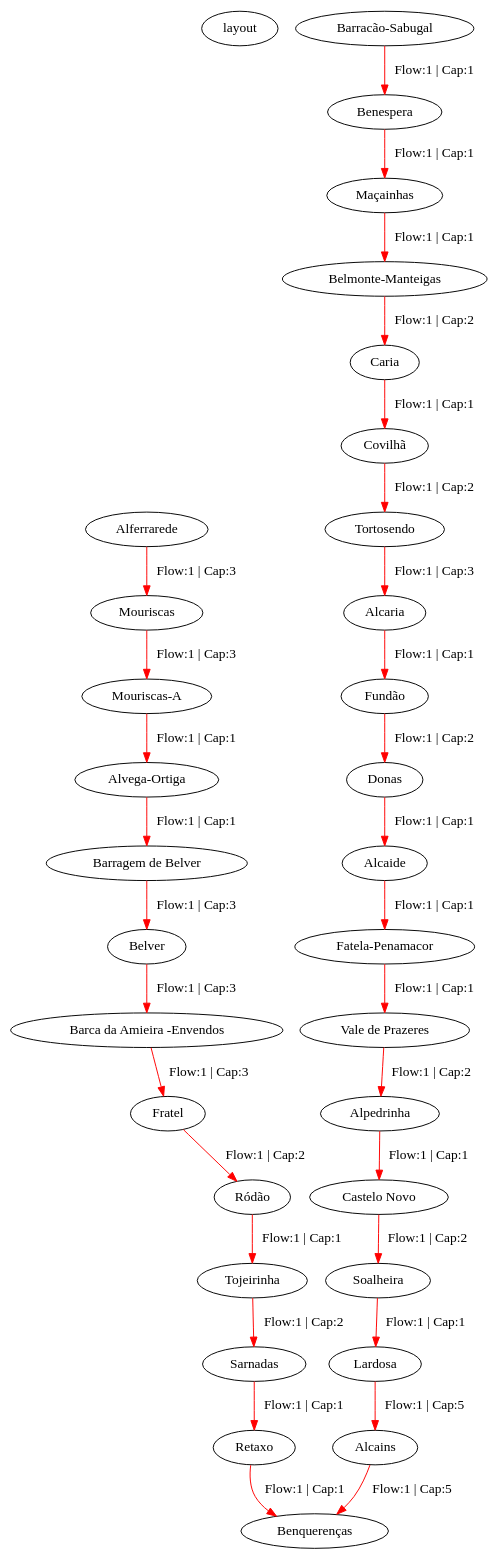
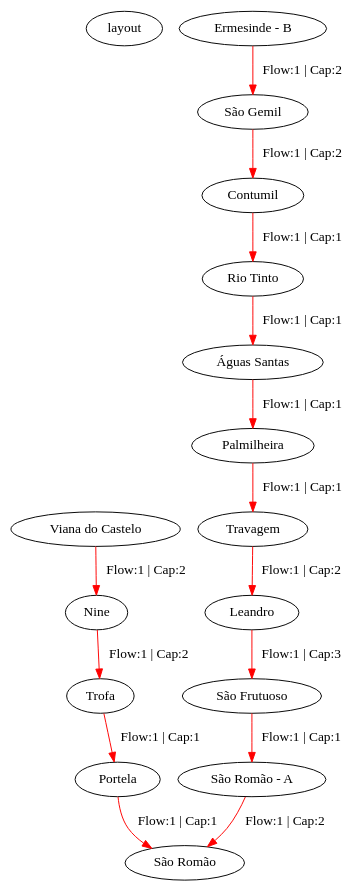
One commit to sirkotal/leic-rnm changed the diagram in graph_viewer/graph_MaxArrivalTrainsAt.gv. Above: the diagram before and after it, drawn with Graphviz. The commit also changed 1 other file, not shown here.

```diff
--- a/graph_viewer/graph_MaxArrivalTrainsAt.gv
+++ b/graph_viewer/graph_MaxArrivalTrainsAt.gv
@@ -1,34 +1,18 @@
 digraph G {
 layout: neato;
 
-	"Alferrarede" -> "Mouriscas" [label="Flow:1 | Cap:3", color=red, penwidth=1];
-	"Castelo Novo" -> "Soalheira" [label="Flow:1 | Cap:2", color=red, penwidth=1];
-	"Tojeirinha" -> "Sarnadas" [label="Flow:1 | Cap:2", color=red, penwidth=1];
-	"Belmonte-Manteigas" -> "Caria" [label="Flow:1 | Cap:2", color=red, penwidth=1];
-	"Belver" -> "Barca da Amieira -Envendos" [label="Flow:1 | Cap:3", color=red, penwidth=1];
-	"Lardosa" -> "Alcains" [label="Flow:1 | Cap:5", color=red, penwidth=1];
-	"Donas" -> "Alcaide" [label="Flow:1 | Cap:1", color=red, penwidth=1];
-	"Barracão-Sabugal" -> "Benespera" [label="Flow:1 | Cap:1", color=red, penwidth=1];
-	"Tortosendo" -> "Alcaria" [label="Flow:1 | Cap:3", color=red, penwidth=1];
-	"Ródão" -> "Tojeirinha" [label="Flow:1 | Cap:1", color=red, penwidth=1];
-	"Fundão" -> "Donas" [label="Flow:1 | Cap:2", color=red, penwidth=1];
-	"Alcaide" -> "Fatela-Penamacor" [label="Flow:1 | Cap:1", color=red, penwidth=1];
-	"Soalheira" -> "Lardosa" [label="Flow:1 | Cap:1", color=red, penwidth=1];
-	"Mouriscas-A" -> "Alvega-Ortiga" [label="Flow:1 | Cap:1", color=red, penwidth=1];
-	"Mouriscas" -> "Mouriscas-A" [label="Flow:1 | Cap:3", color=red, penwidth=1];
-	"Fratel" -> "Ródão" [label="Flow:1 | Cap:2", color=red, penwidth=1];
-	"Alcaria" -> "Fundão" [label="Flow:1 | Cap:1", color=red, penwidth=1];
-	"Alpedrinha" -> "Castelo Novo" [label="Flow:1 | Cap:1", color=red, penwidth=1];
-	"Retaxo" -> "Benquerenças" [label="Flow:1 | Cap:1", color=red, penwidth=1];
-	"Fatela-Penamacor" -> "Vale de Prazeres" [label="Flow:1 | Cap:1", color=red, penwidth=1];
-	"Alcains" -> "Benquerenças" [label="Flow:1 | Cap:5", color=red, penwidth=1];
-	"Barca da Amieira -Envendos" -> "Fratel" [label="Flow:1 | Cap:3", color=red, penwidth=1];
-	"Maçainhas" -> "Belmonte-Manteigas" [label="Flow:1 | Cap:1", color=red, penwidth=1];
-	"Sarnadas" -> "Retaxo" [label="Flow:1 | Cap:1", color=red, penwidth=1];
-	"Covilhã" -> "Tortosendo" [label="Flow:1 | Cap:2", color=red, penwidth=1];
-	"Barragem de Belver" -> "Belver" [label="Flow:1 | Cap:3", color=red, penwidth=1];
-	"Benespera" -> "Maçainhas" [label="Flow:1 | Cap:1", color=red, penwidth=1];
-	"Vale de Prazeres" -> "Alpedrinha" [label="Flow:1 | Cap:2", color=red, penwidth=1];
-	"Alvega-Ortiga" -> "Barragem de Belver" [label="Flow:1 | Cap:1", color=red, penwidth=1];
-	"Caria" -> "Covilhã" [label="Flow:1 | Cap:1", color=red, penwidth=1];
+	"Viana do Castelo" -> "Nine" [label="Flow:1 | Cap:2", color=red, penwidth=1];
+	"Nine" -> "Trofa" [label="Flow:1 | Cap:2", color=red, penwidth=1];
+	"São Frutuoso" -> "São Romão - A" [label="Flow:1 | Cap:1", color=red, penwidth=1];
+	"Contumil" -> "Rio Tinto" [label="Flow:1 | Cap:1", color=red, penwidth=1];
+	"Rio Tinto" -> "Águas Santas" [label="Flow:1 | Cap:1", color=red, penwidth=1];
+	"Portela" -> "São Romão" [label="Flow:1 | Cap:1", color=red, penwidth=1];
+	"São Romão - A" -> "São Romão" [label="Flow:1 | Cap:2", color=red, penwidth=1];
+	"Águas Santas" -> "Palmilheira" [label="Flow:1 | Cap:1", color=red, penwidth=1];
+	"São Gemil" -> "Contumil" [label="Flow:1 | Cap:2", color=red, penwidth=1];
+	"Leandro" -> "São Frutuoso" [label="Flow:1 | Cap:3", color=red, penwidth=1];
+	"Trofa" -> "Portela" [label="Flow:1 | Cap:1", color=red, penwidth=1];
+	"Palmilheira" -> "Travagem" [label="Flow:1 | Cap:1", color=red, penwidth=1];
+	"Ermesinde - B" -> "São Gemil" [label="Flow:1 | Cap:2", color=red, penwidth=1];
+	"Travagem" -> "Leandro" [label="Flow:1 | Cap:2", color=red, penwidth=1];
 }
```
